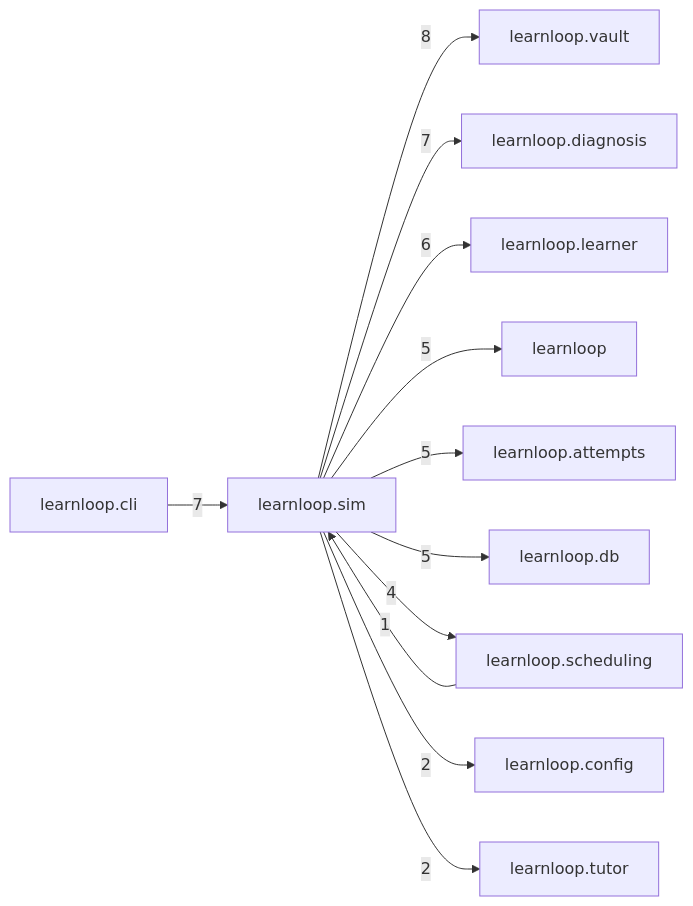
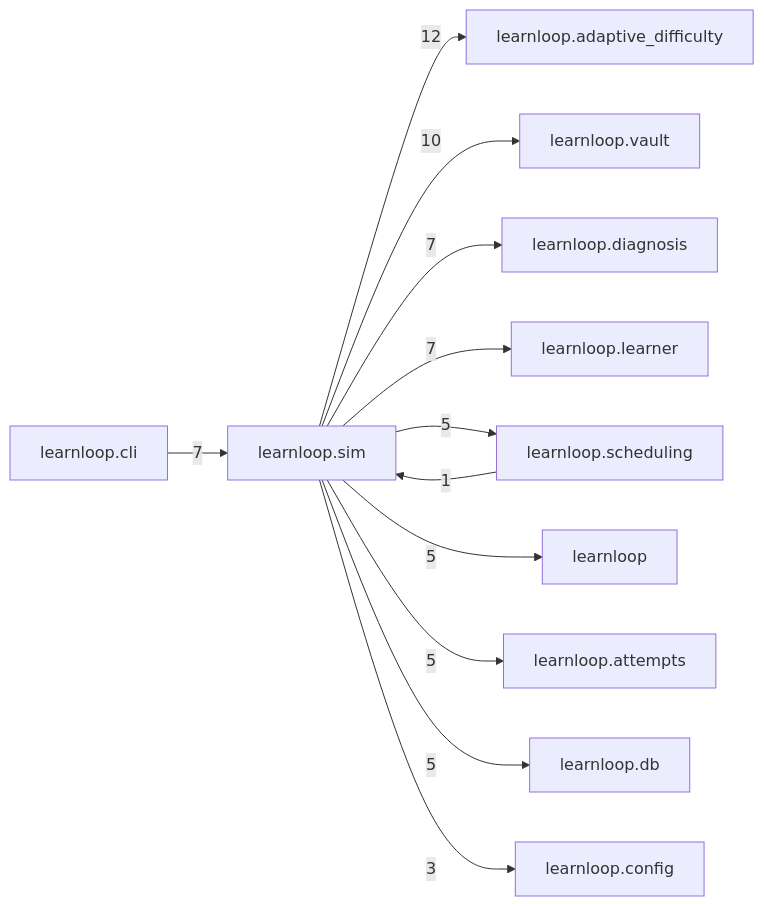
The diagram in docs/learnloop-architecture-vault/Reference/Modules/learnloop/sim/_package.md (6up-b/learnanything), drawn with Mermaid before and after one commit. The commit also changed other lines of this file and 1202 other files, not shown here.

````diff
--- a/docs/learnloop-architecture-vault/Reference/Modules/learnloop/sim/_package.md
+++ b/docs/learnloop-architecture-vault/Reference/Modules/learnloop/sim/_package.md
@@ -95,25 +101,25 @@
 ```mermaid
 flowchart LR
     center["learnloop.sim"]
+    n_learnloop_adaptive_difficulty["learnloop.adaptive_difficulty"]
     n_learnloop_vault["learnloop.vault"]
     n_learnloop_cli["learnloop.cli"]
     n_learnloop_diagnosis["learnloop.diagnosis"]
     n_learnloop_learner["learnloop.learner"]
+    n_learnloop_scheduling["learnloop.scheduling"]
     n_learnloop["learnloop"]
     n_learnloop_attempts["learnloop.attempts"]
     n_learnloop_db["learnloop.db"]
-    n_learnloop_scheduling["learnloop.scheduling"]
     n_learnloop_config["learnloop.config"]
-    n_learnloop_tutor["learnloop.tutor"]
-    center -->|8| n_learnloop_vault
+    center -->|12| n_learnloop_adaptive_difficulty
+    center -->|10| n_learnloop_vault
     n_learnloop_cli -->|7| center
     center -->|7| n_learnloop_diagnosis
-    center -->|6| n_learnloop_learner
+    center -->|7| n_learnloop_learner
+    n_learnloop_scheduling -->|1| center
+    center -->|5| n_learnloop_scheduling
     center -->|5| n_learnloop
     center -->|5| n_learnloop_attempts
     center -->|5| n_learnloop_db
-    n_learnloop_scheduling -->|1| center
-    center -->|4| n_learnloop_scheduling
-    center -->|2| n_learnloop_config
-    center -->|2| n_learnloop_tutor
+    center -->|3| n_learnloop_config
 ```
````
